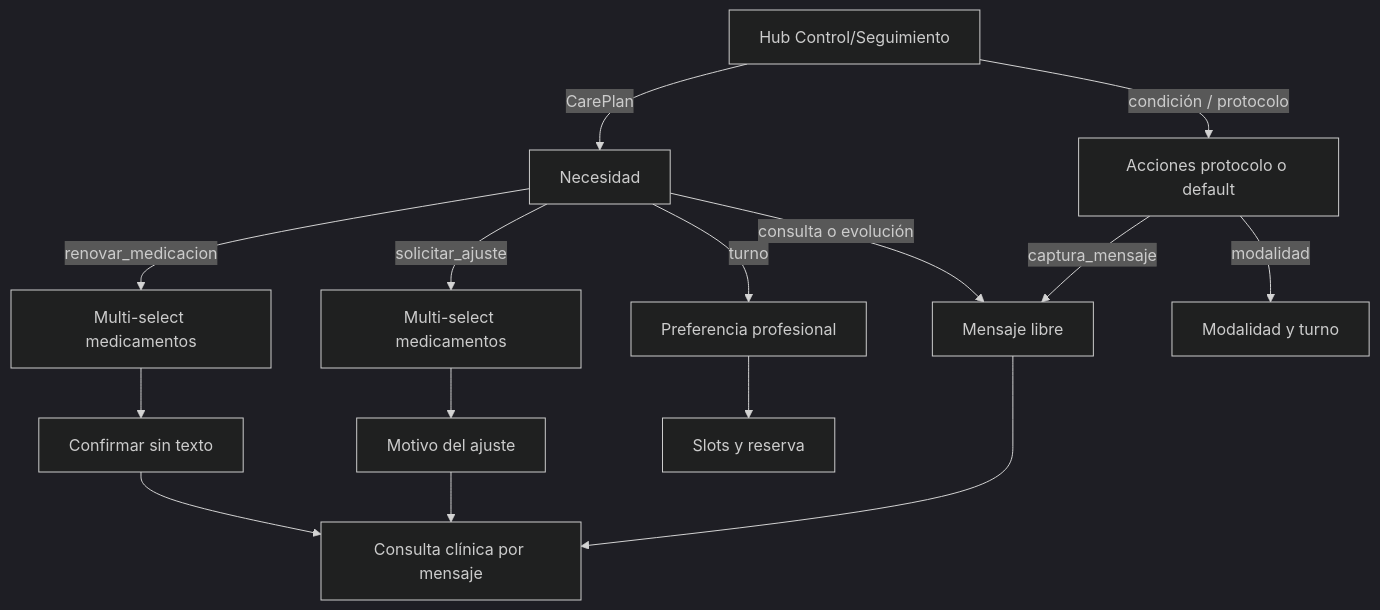
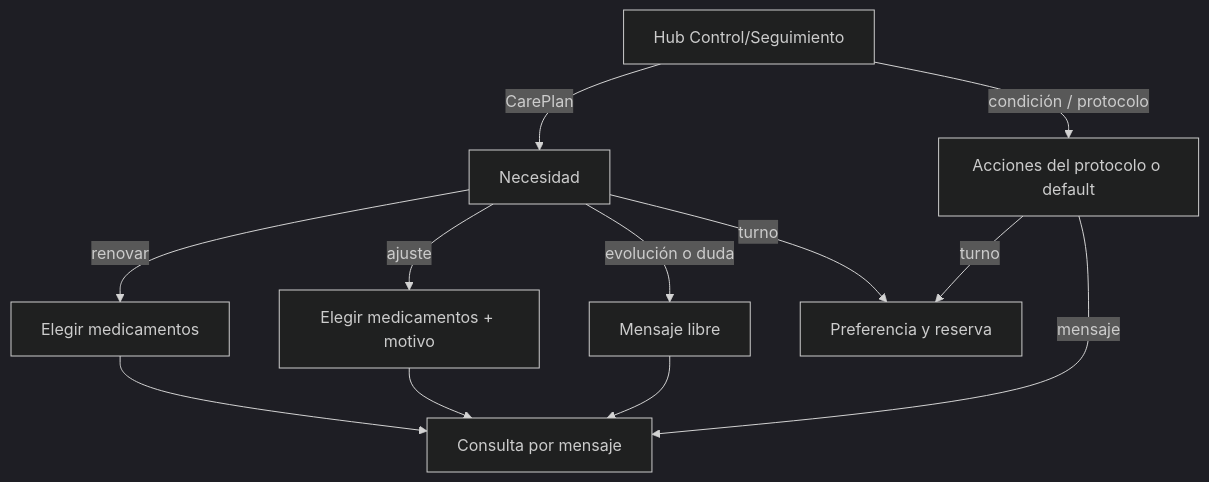
The diagram in web/docs/producto/consultas-seguimiento.md (luischanferoni/bioenlace), drawn with Mermaid (dark theme) before and after one commit. The commit also changed other lines of this file and 35 other files, not shown here.

````diff
--- a/web/docs/producto/consultas-seguimiento.md
+++ b/web/docs/producto/consultas-seguimiento.md
@@ -38,18 +11,15 @@
 ```mermaid
 flowchart TD
   HUB[Hub Control/Seguimiento]
   HUB -->|CarePlan| NEC[Necesidad]
-  HUB -->|condición / protocolo| ACC[Acciones protocolo o default]
-  NEC -->|renovar_medicacion| MEDR[Multi-select medicamentos]
-  MEDR --> CONFR[Confirmar sin texto]
-  NEC -->|solicitar_ajuste| MEDA[Multi-select medicamentos]
-  MEDA --> MOT[Motivo del ajuste]
-  NEC -->|consulta o evolución| MSG[Mensaje libre]
-  NEC -->|turno| MOD[Preferencia profesional]
-  MOD --> SLOTS[Slots y reserva]
-  ACC -->|modalidad| TURN[Modalidad y turno]
-  ACC -->|captura_mensaje| MSG
-  CONFR --> ASYNC[Consulta clínica por mensaje]
-  MOT --> ASYNC
+  HUB -->|condición / protocolo| ACC[Acciones del protocolo o default]
+  NEC -->|renovar| MEDR[Elegir medicamentos]
+  MEDR --> ASYNC[Consulta por mensaje]
+  NEC -->|ajuste| MEDA[Elegir medicamentos + motivo]
+  MEDA --> ASYNC
+  NEC -->|evolución o duda| MSG[Mensaje libre]
   MSG --> ASYNC
+  NEC -->|turno| SLOTS[Preferencia y reserva]
+  ACC -->|turno| SLOTS
+  ACC -->|mensaje| ASYNC
 ```
````
